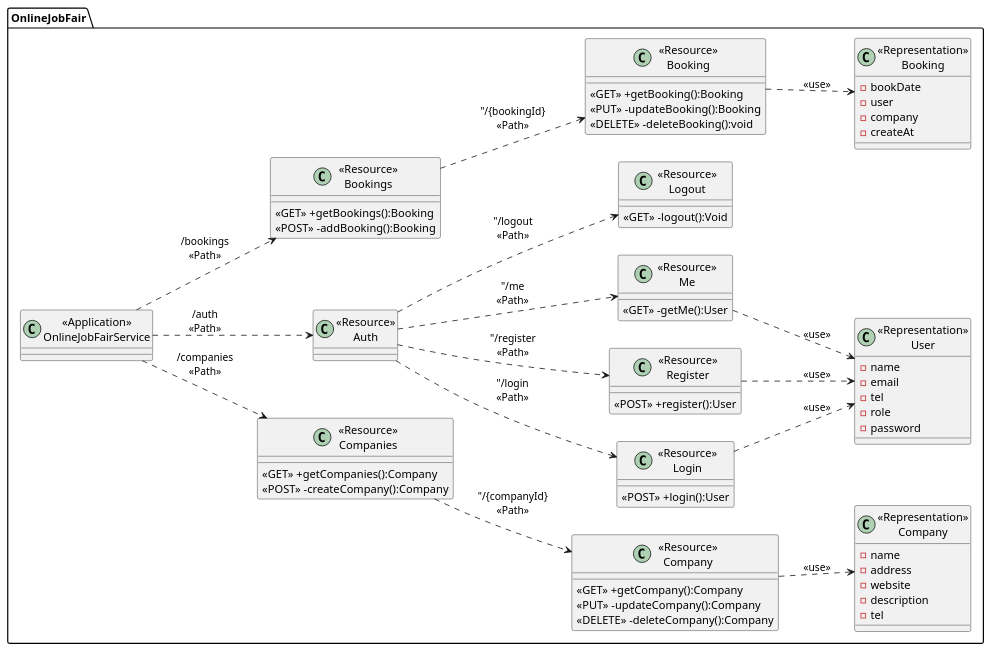
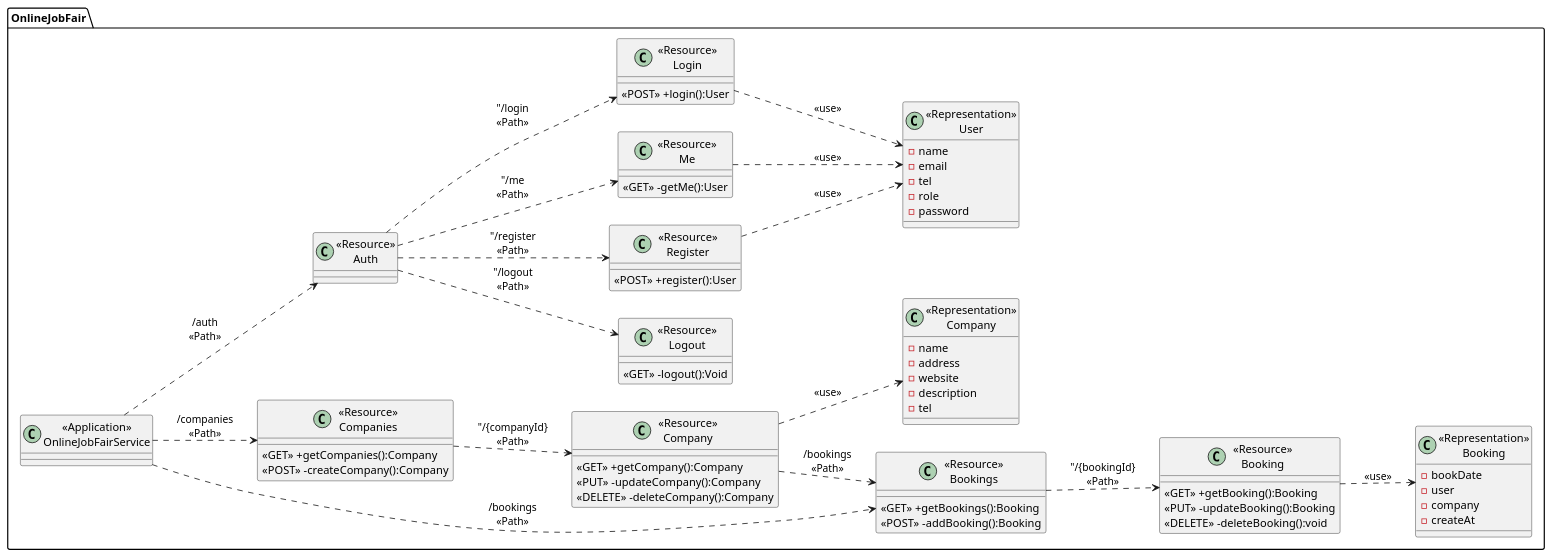
Before and after one commit to armernuntiya/SWDevI: the diagram in PlantUML/ClassDiagram.puml, drawn with PlantUML. The commit also changed 14 other files, not shown here.

Commit message:
Edit:diagram puml

```diff
--- a/PlantUML/ClassDiagram.puml
+++ b/PlantUML/ClassDiagram.puml
@@ -1,92 +1,93 @@
 @startuml Class Diagram Online Job Fair
 left to right direction
 package "OnlineJobFair"{
     class "<<Application>>\nOnlineJobFairService" as OnlineJobFairService{
     }
 
     class "<<Resource>>\nCompanies" as ResourceCompanies{
         <<GET>> +getCompanies():Company
         <<POST>> -createCompany():Company
     }
 
     class "<<Resource>>\nCompany" as ResourceCompany{
         <<GET>> +getCompany():Company
         <<PUT>> -updateCompany():Company
         <<DELETE>> -deleteCompany():Company
     }
     
 
     class "<<Representation>>\nCompany" as RepresentationCompany {
         -name 
         -address
         -website
         -description
         -tel
     }
 
     class "<<Resource>>\nAuth" as ResourceAuth{
     }
 
     class "<<Resource>>\nLogin" as ResourceLogin{
         <<POST>> +login():User
     }
 
     class "<<Resource>>\nRegister" as ResourceRegister{
         <<POST>> +register():User
     }
 
     class "<<Resource>>\nMe" as ResourceMe{
         <<GET>> -getMe():User
     }
 
     class "<<Resource>>\nLogout" as ResourceLogout{
         <<GET>> -logout():Void
     }
 
     class "<<Representation>>\nUser" as RepresentationUser{
         -name
         -email
         -tel
         -role        
         -password
     }
 
     class "<<Resource>>\nBookings" as ResourceBookings{
         <<GET>> +getBookings():Booking
         <<POST>> -addBooking():Booking
     }
 
     class "<<Resource>>\nBooking" as ResourceBooking{
         <<GET>> +getBooking():Booking
         <<PUT>> -updateBooking():Booking
         <<DELETE>> -deleteBooking():void
     }
 
     class "<<Representation>>\nBooking" as RepresentationBooking{
         -bookDate
         -user
         -company
         -createAt
     }
 
 
 
 }
 
     OnlineJobFairService ..>  ResourceCompanies:"/companies\n<<Path>>"
     ResourceCompanies ..> ResourceCompany:"/{companyId}\n<<Path>>
     ResourceCompany ..> RepresentationCompany: "<<use>>"
+    ResourceCompany ..> ResourceBookings: "/bookings\n<<Path>>"
 
     OnlineJobFairService ..>  ResourceAuth:"/auth\n<<Path>>"
     ResourceAuth ..> ResourceLogin:"/login\n<<Path>>
     ResourceAuth ..> ResourceRegister:"/register\n<<Path>>
     ResourceAuth ..> ResourceMe:"/me\n<<Path>>
     ResourceAuth ..> ResourceLogout:"/logout\n<<Path>>
     ResourceLogin ..> RepresentationUser: "<<use>>"
     ResourceRegister ..> RepresentationUser: "<<use>>"
     ResourceMe ..> RepresentationUser: "<<use>>"
 
     OnlineJobFairService ..>  ResourceBookings:"/bookings\n<<Path>>"
     ResourceBookings ..> ResourceBooking:"/{bookingId}\n<<Path>>
     ResourceBooking ..> RepresentationBooking: "<<use>>"
 @enduml
```
